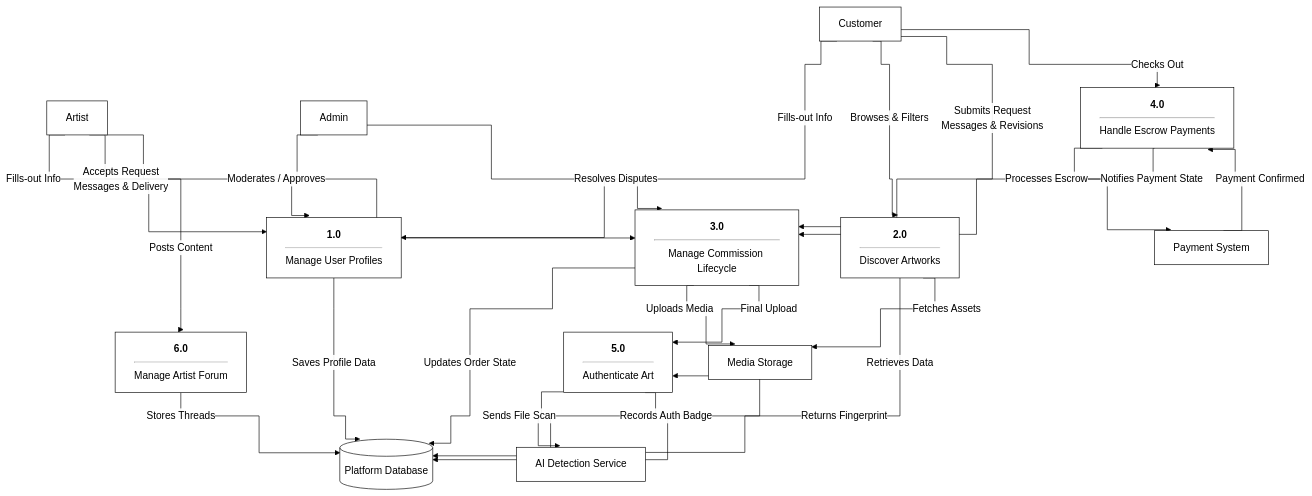
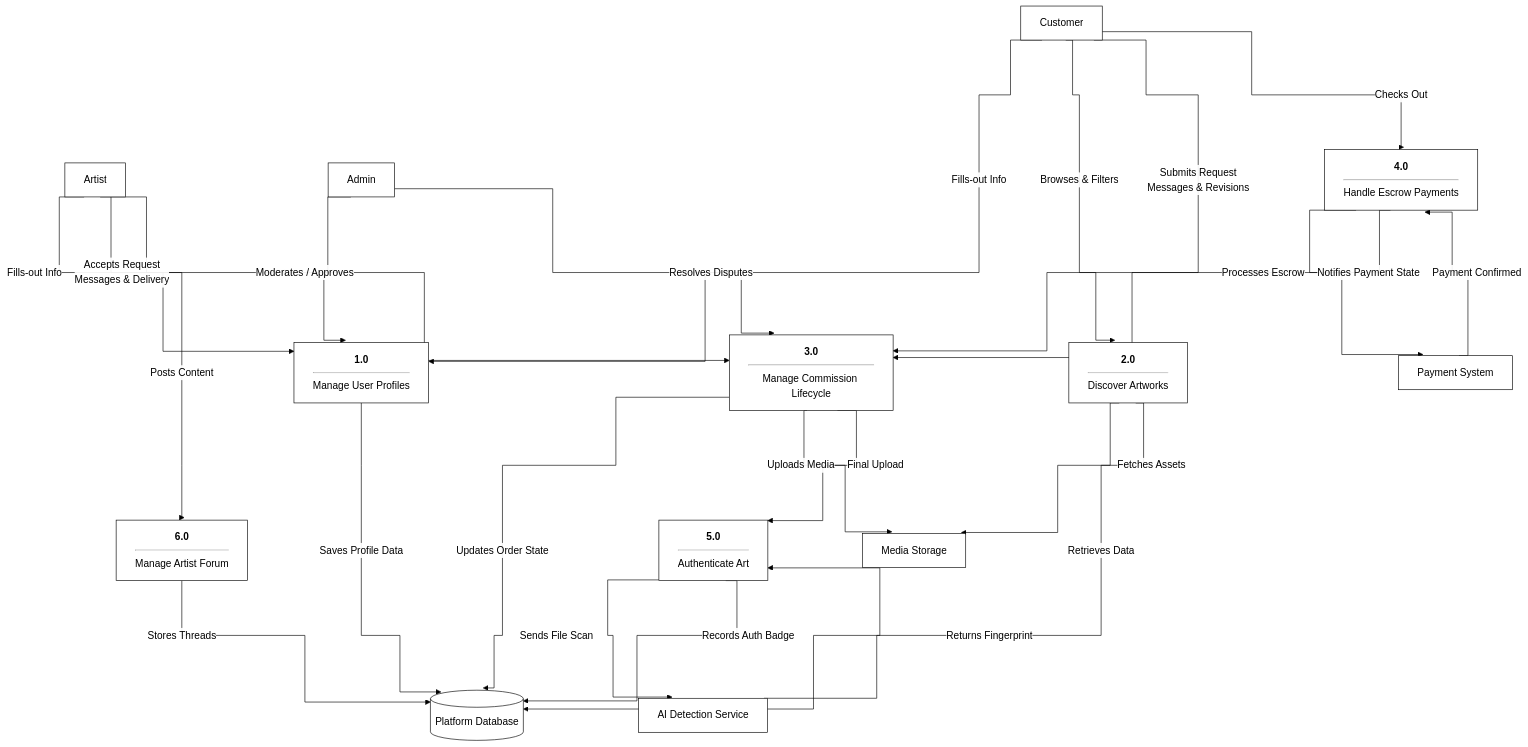
Before and after one commit to binssente-crypto/DFD: the second of 3 diagrams in README.md, drawn with Mermaid. The commit also changed other lines of this file, not shown here.

Commit message:
Increase node and rank spacing to expand canvas and give orthogonal lines more room

````diff
--- a/README.md
+++ b/README.md
@@ -32,54 +32,54 @@
 ```mermaid
-%%{init: { 'flowchart': { 'curve': 'step' }, 'theme': 'base', 'themeVariables': { 'primaryColor': '#ffffff', 'primaryBorderColor': '#000000', 'primaryTextColor': '#000000', 'lineColor': '#000000', 'background': '#ffffff', 'edgeLabelBackground': 'rgba(255, 255, 255, 0.85)' } }}%%
+%%{init: { 'flowchart': { 'curve': 'step', 'nodeSpacing': 150, 'rankSpacing': 150 }, 'theme': 'base', 'themeVariables': { 'primaryColor': '#ffffff', 'primaryBorderColor': '#000000', 'primaryTextColor': '#000000', 'lineColor': '#000000', 'background': '#ffffff', 'edgeLabelBackground': 'rgba(255, 255, 255, 0.85)' } }}%%
 graph TD
     %% External Entities
     Customer[Customer]
     Artist[Artist]
     Admin[Admin]
     
     %% Generalized Providers
     Payment[Payment System]
     AI_Auth[AI Detection Service]
     Storage[Media Storage]
     
     %% Database Store
     Database[(Platform Database)]
     
     %% Processes
     P1["<b>1.0</b><hr/>Manage User Profiles"]
     P2["<b>2.0</b><hr/>Discover Artworks"]
     P3["<b>3.0</b><hr/>Manage Commission Lifecycle"]
     P4["<b>4.0</b><hr/>Handle Escrow Payments"]
     P5["<b>5.0</b><hr/>Authenticate Art"]
     P6["<b>6.0</b><hr/>Manage Artist Forum"]
     
     %% Flows
     Customer -- "Fills-out Info" --> P1
     Artist -- "Fills-out Info" --> P1
     P1 -- "Saves Profile Data" --> Database
     
     Customer -- "Browses & Filters" --> P2
     P2 -- "Retrieves Data" --> Database
     P2 -- "Fetches Assets" --> Storage
     
     Customer -- "Submits Request<br/>Messages & Revisions" --> P3
     Artist -- "Accepts Request<br/>Messages & Delivery" --> P3
     P3 -- "Updates Order State" --> Database
     P3 -- "Uploads Media" --> Storage
     
     Customer -- "Checks Out" --> P4
     P4 -- "Processes Escrow" --> Payment
     Payment -- "Payment Confirmed" --> P4
     P4 -- "Notifies Payment State" --> P3
     
     P3 -- "Final Upload" --> P5
     P5 -- "Sends File Scan" --> AI_Auth
     AI_Auth -- "Returns Fingerprint" --> P5
     P5 -- "Records Auth Badge" --> Database
     
     Artist -- "Posts Content" --> P6
     P6 -- "Stores Threads" --> Database
     
     Admin -- "Moderates / Approves" --> P1
     Admin -- "Resolves Disputes" --> P3
 ```
````
